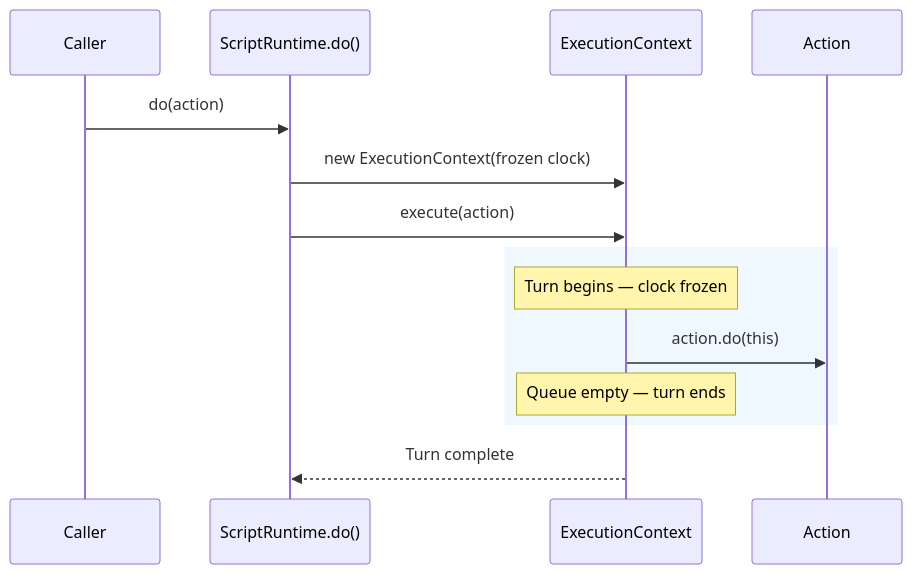
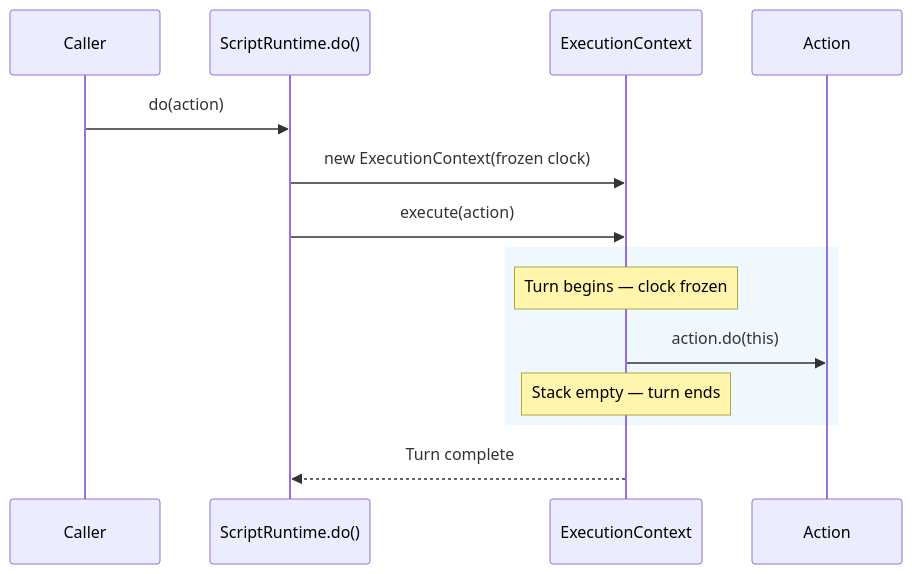
The eighth of 13 diagrams in docs/runtime-state-machine.md (SergeiGolos/wod-wiki), drawn with Mermaid before and after one commit. The commit also changed other lines of this file and 2 other files, not shown here.

First line of the commit message:
Update docs to reflect LIFO stack change and mark Gap 2 resolved

````diff
--- a/docs/runtime-state-machine.md
+++ b/docs/runtime-state-machine.md
@@ -342,19 +342,19 @@
 ```mermaid
 sequenceDiagram
     participant C as Caller
     participant SR as ScriptRuntime.do()
     participant EC as ExecutionContext
     participant A as Action
 
     C->>SR: do(action)
     SR->>EC: new ExecutionContext(frozen clock)
     SR->>EC: execute(action)
     
     rect rgb(240, 248, 255)
         note over EC: Turn begins — clock frozen
         EC->>A: action.do(this)
-        note over EC: Queue empty — turn ends
+        note over EC: Stack empty — turn ends
     end
     
     EC-->>SR: Turn complete
 ```
````
